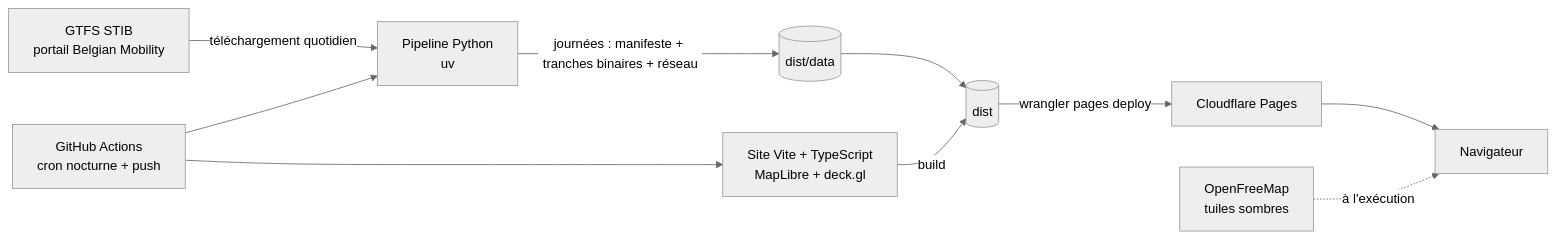
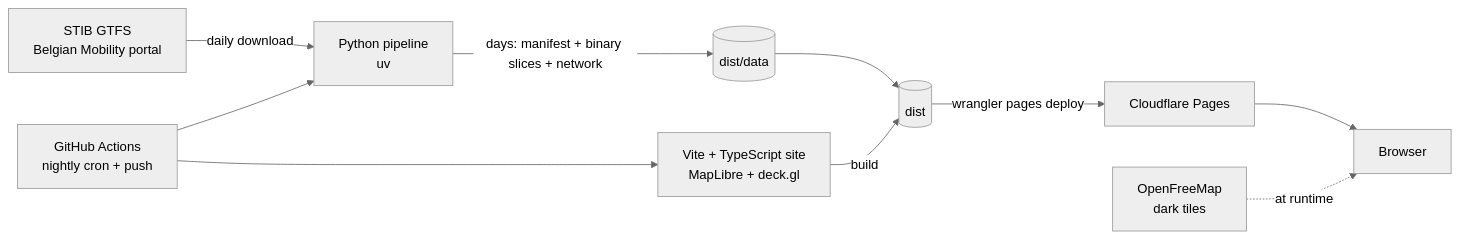
The diagram in ARCHITECTURE.md (Resadan-dev/stib-viz), drawn with Mermaid (neutral theme) before and after one commit. The commit also changed other lines of this file and 17 other files, not shown here.

````diff
--- a/ARCHITECTURE.md
+++ b/ARCHITECTURE.md
@@ -24,12 +24,12 @@
 ```mermaid
 flowchart LR
-  A[GTFS STIB<br/>portail Belgian Mobility] -->|téléchargement quotidien| B[Pipeline Python<br/>uv]
-  B -->|journées : manifeste + tranches binaires + réseau| C[(dist/data)]
-  D[Site Vite + TypeScript<br/>MapLibre + deck.gl] -->|build| E[(dist)]
+  A[STIB GTFS<br/>Belgian Mobility portal] -->|daily download| B[Python pipeline<br/>uv]
+  B -->|days: manifest + binary slices + network| C[(dist/data)]
+  D[Vite + TypeScript site<br/>MapLibre + deck.gl] -->|build| E[(dist)]
   C --> E
   E -->|wrangler pages deploy| F[Cloudflare Pages]
-  G[OpenFreeMap<br/>tuiles sombres] -.->|à l'exécution| H[Navigateur]
+  G[OpenFreeMap<br/>dark tiles] -.->|at runtime| H[Browser]
   F --> H
-  I[GitHub Actions<br/>cron nocturne + push] --> B
+  I[GitHub Actions<br/>nightly cron + push] --> B
   I --> D
 ```
````
